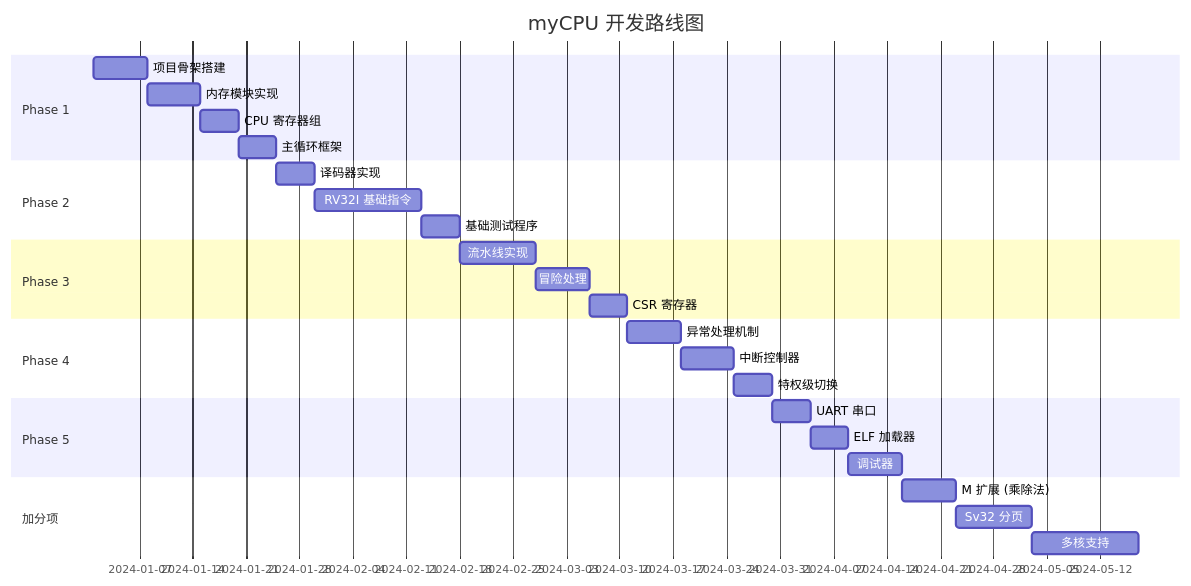
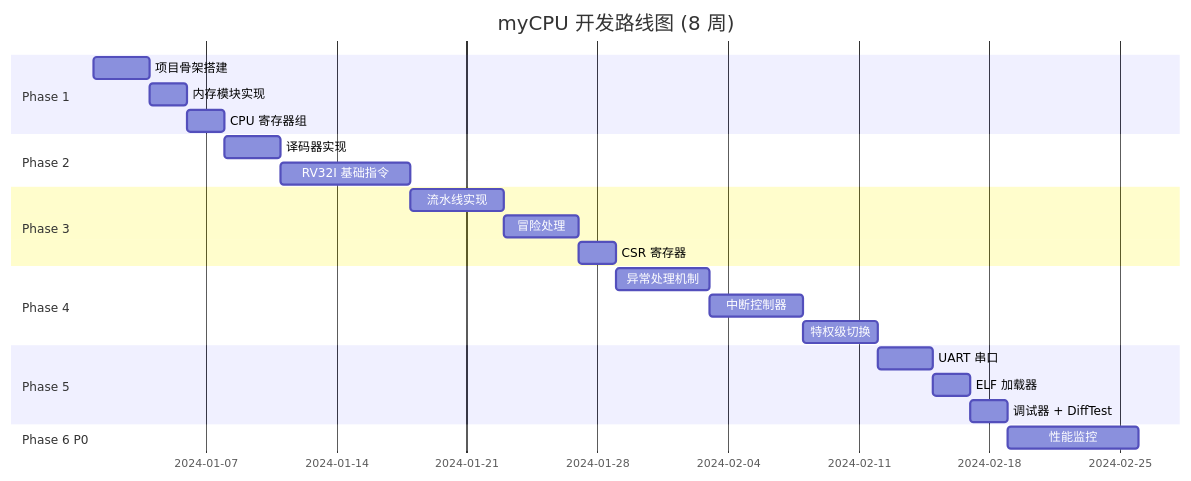
One commit to ZI2104/myCPU changed the seventh of 18 diagrams in docs/ARCHITECTURE.md. Above: the diagram before and after it, drawn with Mermaid. The commit also changed other lines of this file and 49 other files, not shown here.

````diff
--- a/docs/ARCHITECTURE.md
+++ b/docs/ARCHITECTURE.md
@@ -362,35 +362,31 @@
 ```mermaid
 gantt
-    title myCPU 开发路线图
+    title myCPU 开发路线图 (8 周)
     dateFormat  YYYY-MM-DD
     section Phase 1
-    项目骨架搭建           :a1, 2024-01-01, 7d
-    内存模块实现           :a2, after a1, 7d
-    CPU 寄存器组           :a3, after a2, 5d
-    主循环框架             :a4, after a3, 5d
+    项目骨架搭建           :a1, 2024-01-01, 3d
+    内存模块实现           :a2, after a1, 2d
+    CPU 寄存器组           :a3, after a2, 2d
 
     section Phase 2
-    译码器实现             :b1, after a4, 5d
-    RV32I 基础指令         :b2, after b1, 14d
-    基础测试程序           :b3, after b2, 5d
+    译码器实现             :b1, after a3, 3d
+    RV32I 基础指令         :b2, after b1, 7d
 
     section Phase 3
-    流水线实现             :c1, after b3, 10d
-    冒险处理               :c2, after c1, 7d
-    CSR 寄存器             :c3, after c2, 5d
+    流水线实现             :c1, after b2, 5d
+    冒险处理               :c2, after c1, 4d
+    CSR 寄存器             :c3, after c2, 2d
 
     section Phase 4
-    异常处理机制           :d1, after c3, 7d
-    中断控制器             :d2, after d1, 7d
-    特权级切换             :d3, after d2, 5d
+    异常处理机制           :d1, after c3, 5d
+    中断控制器             :d2, after d1, 5d
+    特权级切换             :d3, after d2, 4d
 
     section Phase 5
-    UART 串口              :e1, after d3, 5d
-    ELF 加载器             :e2, after e1, 5d
-    调试器                 :e3, after e2, 7d
+    UART 串口              :e1, after d3, 3d
+    ELF 加载器             :e2, after e1, 2d
+    调试器 + DiffTest      :e3, after e2, 2d
 
-    section 加分项
-    M 扩展 (乘除法)        :f1, after e3, 7d
-    Sv32 分页              :f2, after f1, 10d
-    多核支持               :f3, after f2, 14d
+    section Phase 6 P0
+    性能监控               :f1, after e3, 7d
 ```
````
